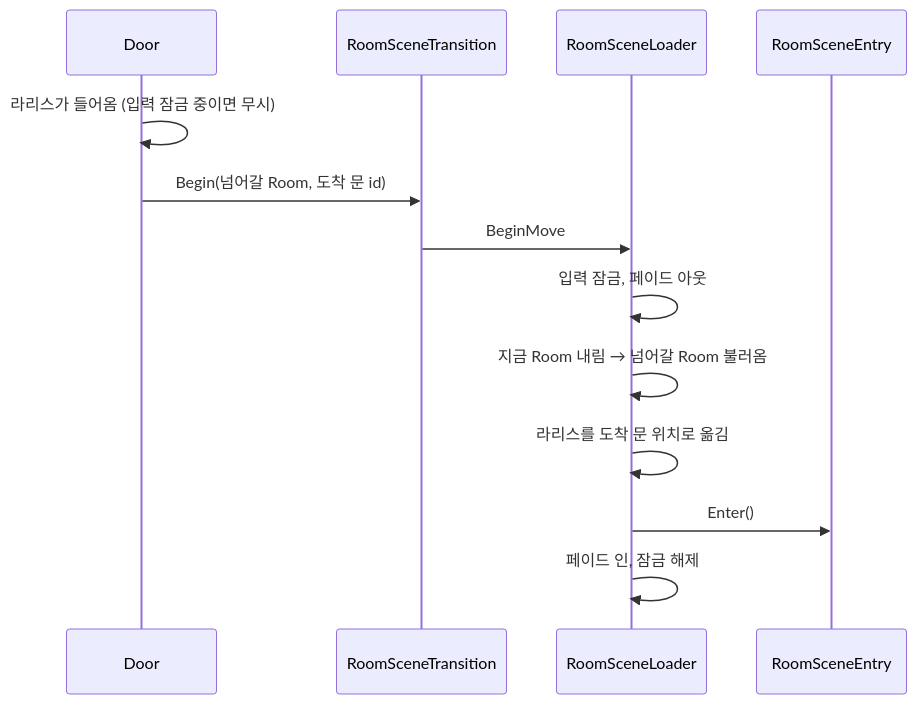
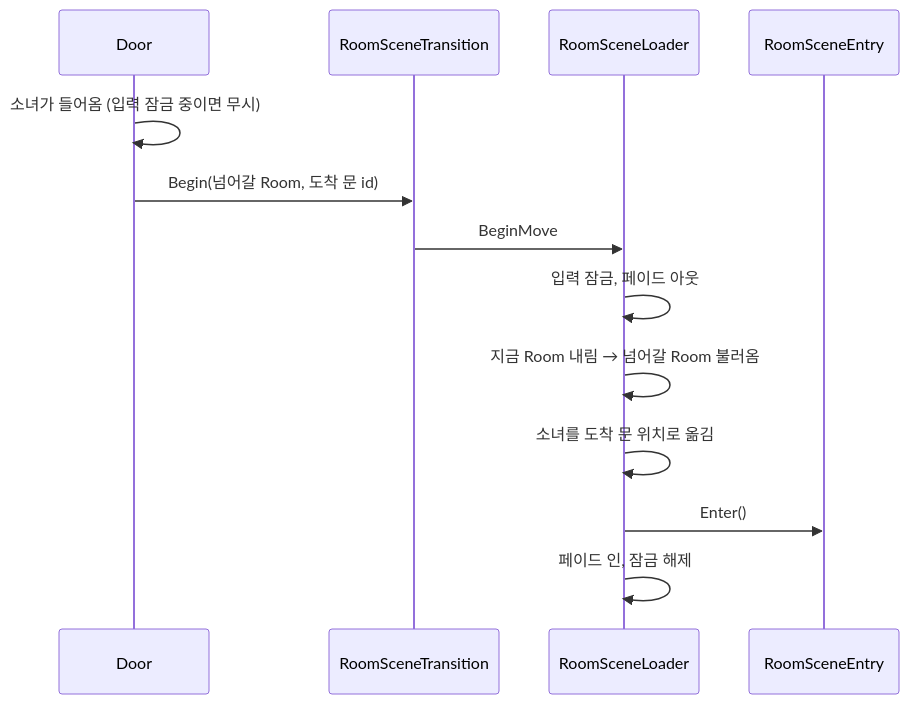
The diagram in Docs/기획서/시스템/Room 시스템.md (GaaamJ/Gaze), drawn with Mermaid before and after one commit. The commit also changed other lines of this file and 6 other files, not shown here.

````diff
--- a/Docs/기획서/시스템/Room 시스템.md
+++ b/Docs/기획서/시스템/Room 시스템.md
@@ -36,16 +36,16 @@
 ```mermaid
 sequenceDiagram
     participant D as Door
     participant T as RoomSceneTransition
     participant L as RoomSceneLoader
     participant E as RoomSceneEntry
 
-    D->>D: 라리스가 들어옴 (입력 잠금 중이면 무시)
+    D->>D: 소녀가 들어옴 (입력 잠금 중이면 무시)
     D->>T: Begin(넘어갈 Room, 도착 문 id)
     T->>L: BeginMove
     L->>L: 입력 잠금, 페이드 아웃
     L->>L: 지금 Room 내림 → 넘어갈 Room 불러옴
-    L->>L: 라리스를 도착 문 위치로 옮김
+    L->>L: 소녀를 도착 문 위치로 옮김
     L->>E: Enter()
     L->>L: 페이드 인, 잠금 해제
 ```
````
